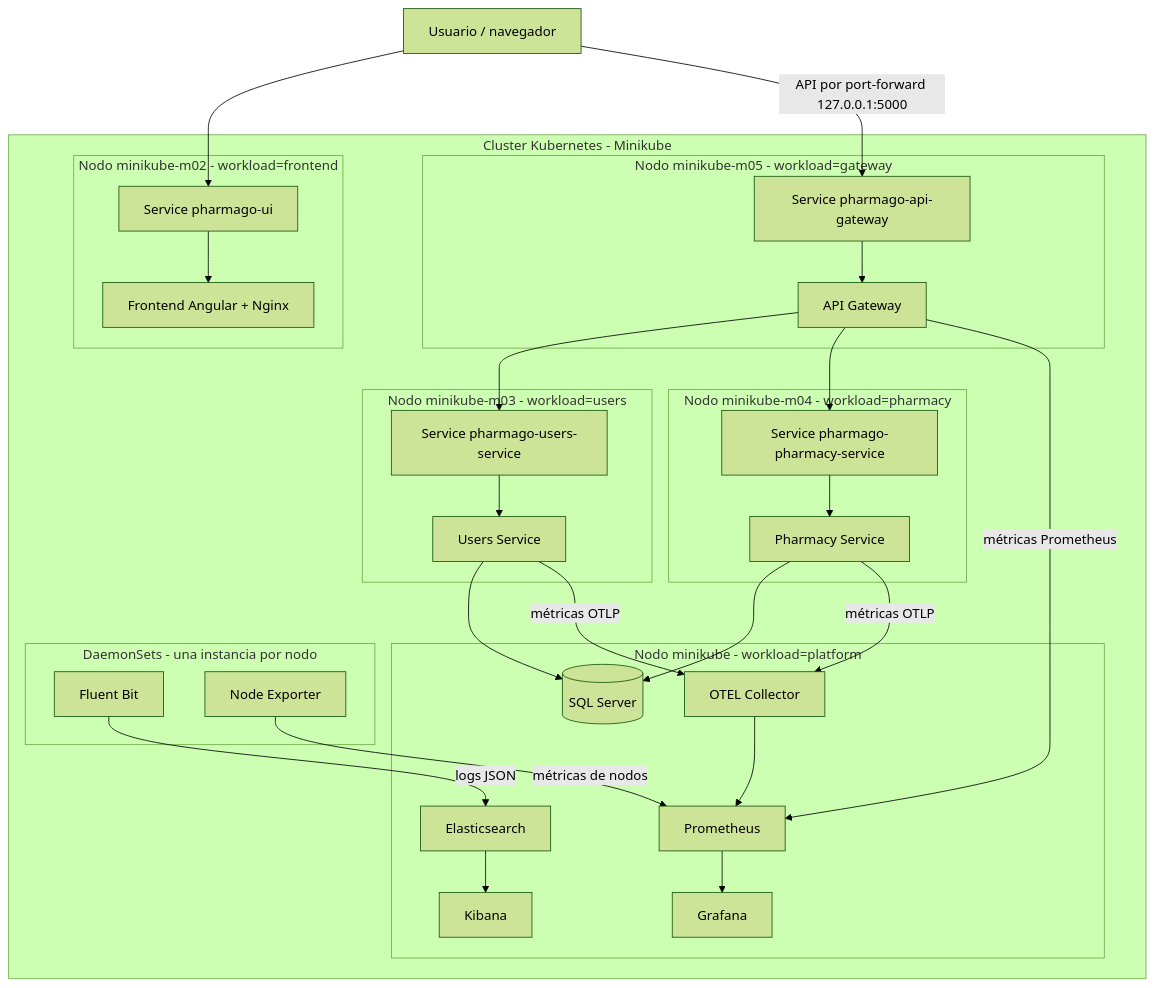
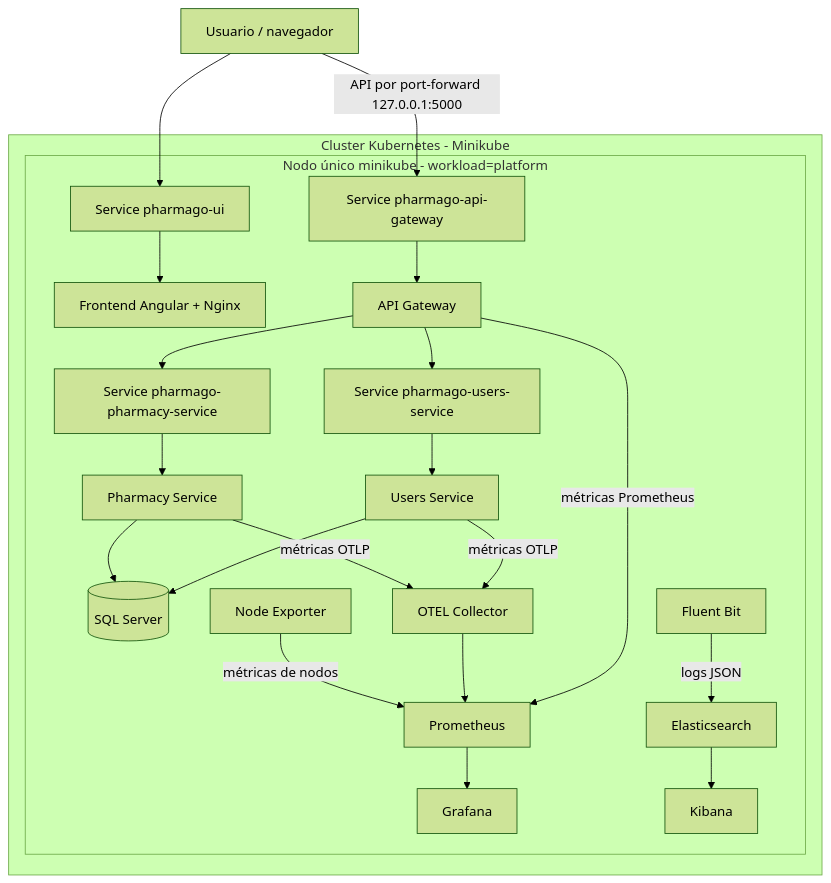
The diagram in Implementacion K8S/Codigo/k8s/deployment-diagram.md (NicolasPereiro/AIOps-282102-284068), drawn with Mermaid (forest theme) before and after one commit. The commit also changed other lines of this file and 13 other files, not shown here.

Commit message:
update: single-node Minikube with soft node affinity, fixed Fluent Bit logs and missing grafana-alerting configmap, refreshed Kibana dashboard

````diff
--- a/Implementacion K8S/Codigo/k8s/deployment-diagram.md
+++ b/Implementacion K8S/Codigo/k8s/deployment-diagram.md
@@ -5,60 +6,45 @@
 ```mermaid
 flowchart TB
     browser[Usuario / navegador]
 
     subgraph cluster[Cluster Kubernetes - Minikube]
-        subgraph platform[Nodo minikube - workload=platform]
+        subgraph node[Nodo único minikube - workload=platform]
             db[(SQL Server)]
             otel[OTEL Collector]
             prometheus[Prometheus]
             grafana[Grafana]
             elastic[Elasticsearch]
             kibana[Kibana]
-        end
-
-        subgraph frontendNode[Nodo minikube-m02 - workload=frontend]
             ui[Frontend Angular + Nginx]
             uiSvc[Service pharmago-ui]
-        end
-
-        subgraph usersNode[Nodo minikube-m03 - workload=users]
             users[Users Service]
             usersSvc[Service pharmago-users-service]
-        end
-
-        subgraph pharmacyNode[Nodo minikube-m04 - workload=pharmacy]
             pharmacy[Pharmacy Service]
             pharmacySvc[Service pharmago-pharmacy-service]
-        end
-
-        subgraph gatewayNode[Nodo minikube-m05 - workload=gateway]
             gateway[API Gateway]
             gatewaySvc[Service pharmago-api-gateway]
-        end
-
-        subgraph daemonsets[DaemonSets - una instancia por nodo]
             fluent[Fluent Bit]
             nodeExporter[Node Exporter]
         end
     end
 
     browser --> uiSvc
     browser -->|API por port-forward 127.0.0.1:5000| gatewaySvc
     uiSvc --> ui
     gatewaySvc --> gateway
     gateway --> usersSvc
     gateway --> pharmacySvc
     usersSvc --> users
     pharmacySvc --> pharmacy
     users --> db
     pharmacy --> db
 
     users -->|métricas OTLP| otel
     pharmacy -->|métricas OTLP| otel
     gateway -->|métricas Prometheus| prometheus
     otel --> prometheus
     prometheus --> grafana
     fluent -->|logs JSON| elastic
     elastic --> kibana
     nodeExporter -->|métricas de nodos| prometheus
 ```
````
